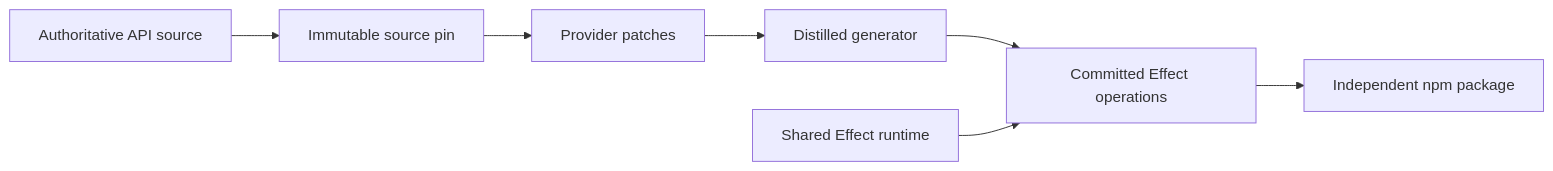
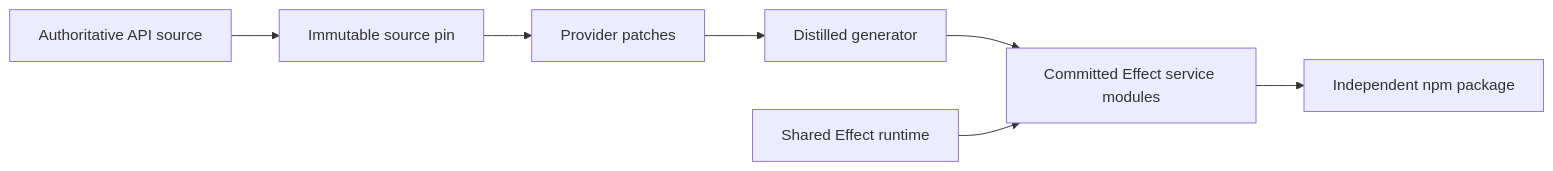
One commit to kevinmichaelchen/distilled changed the diagram in docs/index.mdx. Above: the diagram before and after it, drawn with Mermaid. The commit also changed other lines of this file and 43 other files, not shown here.

First line of the commit message:
docs(site): publish protocol architecture release

````diff
--- a/docs/index.mdx
+++ b/docs/index.mdx
@@ -53,9 +53,9 @@
 ```mermaid
 flowchart LR
   A[Authoritative API source] --> B[Immutable source pin]
   B --> C[Provider patches]
   C --> D[Distilled generator]
-  D --> E[Committed Effect operations]
+  D --> E[Committed Effect service modules]
   F[Shared Effect runtime] --> E
   E --> G[Independent npm package]
 ```
````
